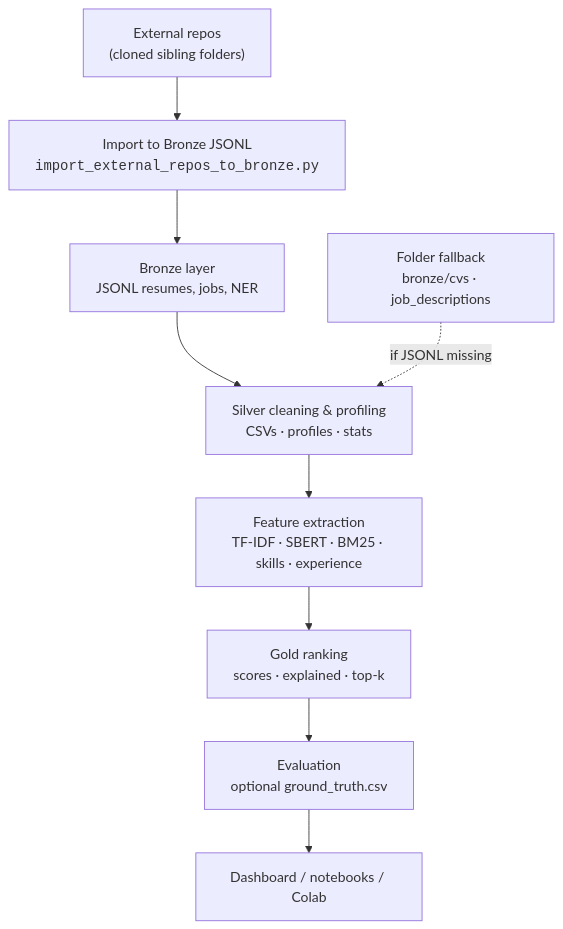
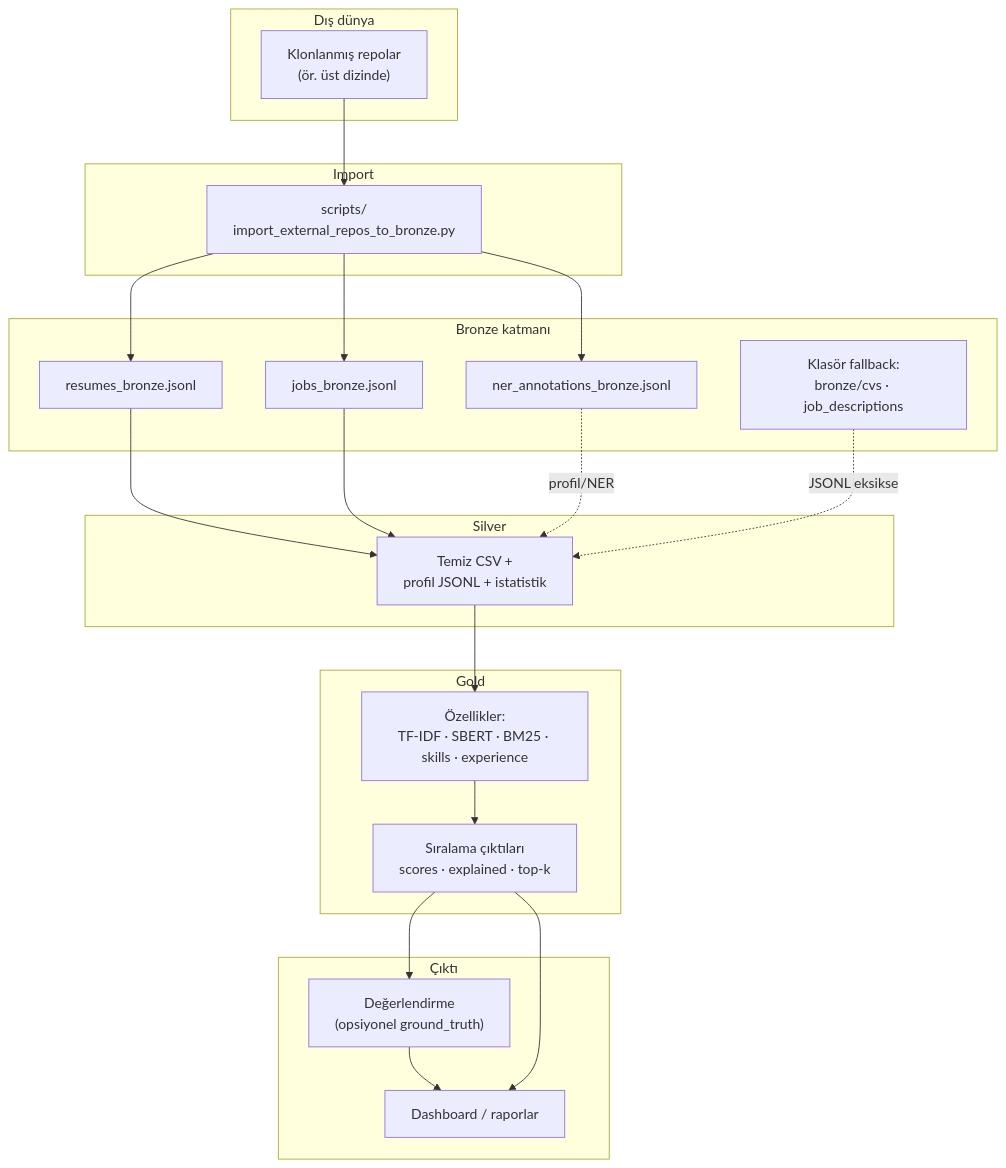
One commit to alihanbb/cv-matching-data-mining changed the diagram in docs/PIPELINE_DIAGRAM.md. Above: the diagram before and after it, drawn with Mermaid. The commit also changed other lines of this file and 23 other files, not shown here.

First line of the commit message:
docs: Bronze JSONL layout, pipeline Mermaid, gitignore data patterns

````diff
--- a/docs/PIPELINE_DIAGRAM.md
+++ b/docs/PIPELINE_DIAGRAM.md
@@ -7,26 +7,42 @@
 ```mermaid
 flowchart TB
-    XR["External repos<br/>(cloned sibling folders)"]
+    subgraph ext["Dış dünya"]
+        XR["Klonlanmış repolar<br/>(ör. üst dizinde)"]
+    end
 
-    IMP["Import to Bronze JSONL<br/><code>import_external_repos_to_bronze.py</code>"]
+    subgraph bronze["Bronze katmanı"]
+        BJ["resumes_bronze.jsonl"]
+        JJ["jobs_bronze.jsonl"]
+        NA["ner_annotations_bronze.jsonl"]
+        FB["Klasör fallback:<br/>bronze/cvs · job_descriptions"]
+    end
 
-    BR["Bronze layer<br/>JSONL resumes, jobs, NER"]
+    subgraph imp["Import"]
+        SCR["scripts/<br/>import_external_repos_to_bronze.py"]
+    end
 
-    FB["Folder fallback<br/>bronze/cvs · job_descriptions"]
+    subgraph silver["Silver"]
+        SV["Temiz CSV +<br/>profil JSONL + istatistik"]
+    end
 
-    SV["Silver cleaning & profiling<br/>CSVs · profiles · stats"]
+    subgraph gold["Gold"]
+        FE["Özellikler:<br/>TF-IDF · SBERT · BM25 · skills · experience"]
+        RK["Sıralama çıktıları<br/>scores · explained · top-k"]
+    end
 
-    FE["Feature extraction<br/>TF-IDF · SBERT · BM25 · skills · experience"]
+    subgraph out["Çıktı"]
+        EV["Değerlendirme<br/>(opsiyonel ground_truth)"]
+        UI["Dashboard / raporlar"]
+    end
 
-    GD["Gold ranking<br/>scores · explained · top-k"]
-
-    EV["Evaluation<br/>optional ground_truth.csv"]
-
-    UI["Dashboard / notebooks / Colab"]
-
-    XR --> IMP
-    IMP --> BR
-    BR --> SV
-    FB -.->|if JSONL missing| SV
-    SV --> FE --> GD --> EV --> UI
+    XR --> SCR
+    SCR --> BJ
+    SCR --> JJ
+    SCR --> NA
+    BJ --> SV
+    JJ --> SV
+    NA -.->|profil/NER| SV
+    FB -.->|JSONL eksikse| SV
+    SV --> FE --> RK --> EV --> UI
+    RK --> UI
 ```
````
